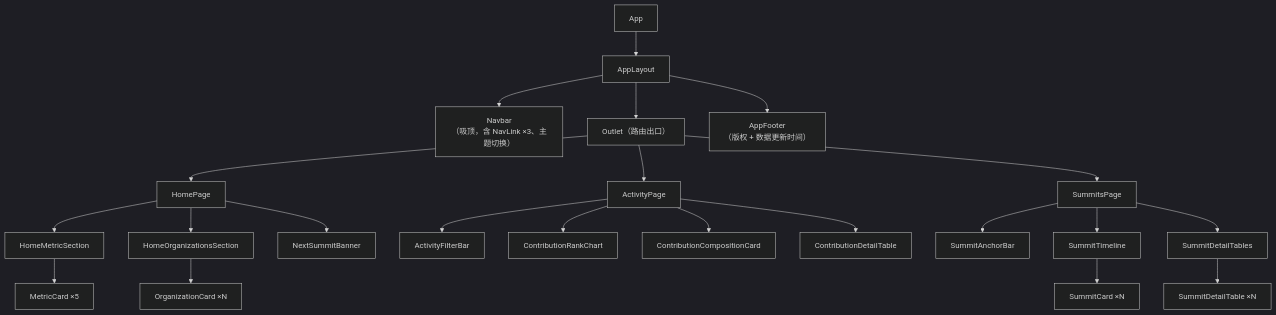
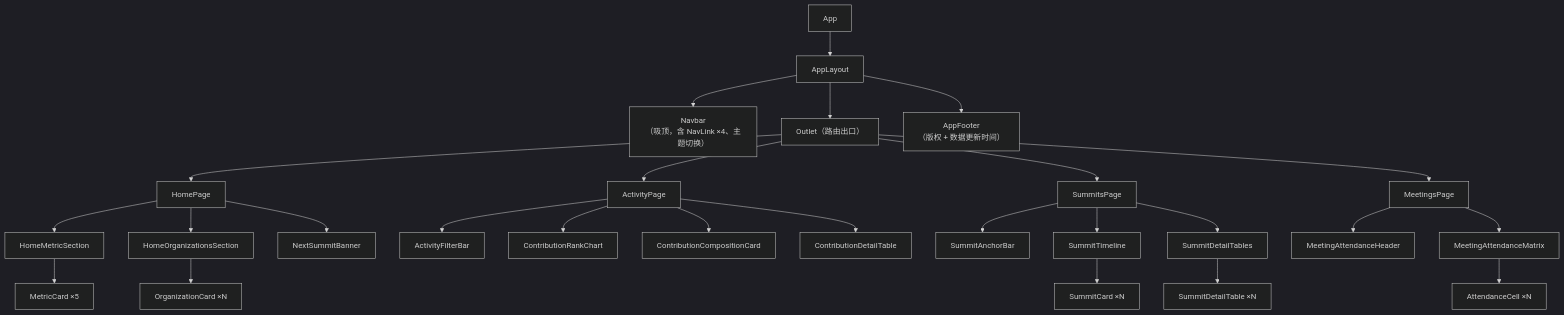
Before and after one commit to XunliYang/openan-operation-insights: the diagram in docs/02-frontend-design.md, drawn with Mermaid (dark theme). The commit also changed other lines of this file and 46 other files, not shown here.

````diff
--- a/docs/02-frontend-design.md
+++ b/docs/02-frontend-design.md
@@ -218,24 +269,28 @@
 ```mermaid
 flowchart TB
   A["App"] --> B["AppLayout"]
-  B --> N["Navbar<br/>（吸顶，含 NavLink ×3、主题切换）"]
+  B --> N["Navbar<br/>（吸顶，含 NavLink ×4、主题切换）"]
   B --> O["Outlet（路由出口）"]
   B --> F["AppFooter<br/>（版权 + 数据更新时间）"]
 
   O --> P1["HomePage"]
   O --> P2["ActivityPage"]
   O --> P3["SummitsPage"]
+  O --> P4["MeetingsPage"]
 
   P1 --> S11["HomeMetricSection"] --> C1["MetricCard ×5"]
   P1 --> S12["HomeOrganizationsSection"] --> C2["OrganizationCard ×N"]
   P1 --> S13["NextSummitBanner"]
 
   P2 --> S21["ActivityFilterBar"]
   P2 --> S22["ContributionRankChart"]
   P2 --> S23["ContributionCompositionCard"]
   P2 --> S24["ContributionDetailTable"]
 
   P3 --> S31["SummitAnchorBar"]
   P3 --> S32["SummitTimeline"] --> C3["SummitCard ×N"]
   P3 --> S33["SummitDetailTables"] --> C4["SummitDetailTable ×N"]
+
+  P4 --> S41["MeetingAttendanceHeader"]
+  P4 --> S42["MeetingAttendanceMatrix"] --> C5["AttendanceCell ×N"]
 ```
````
